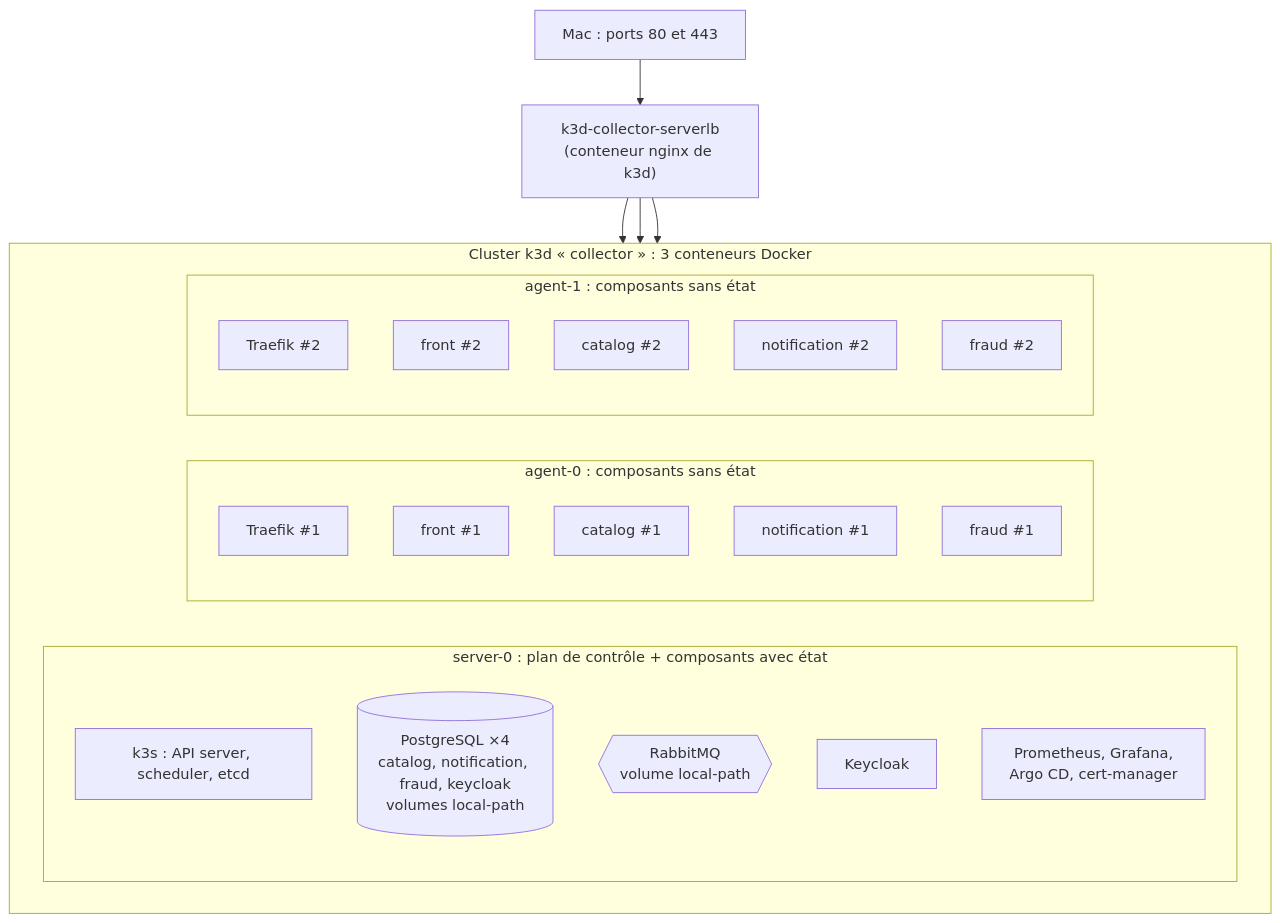
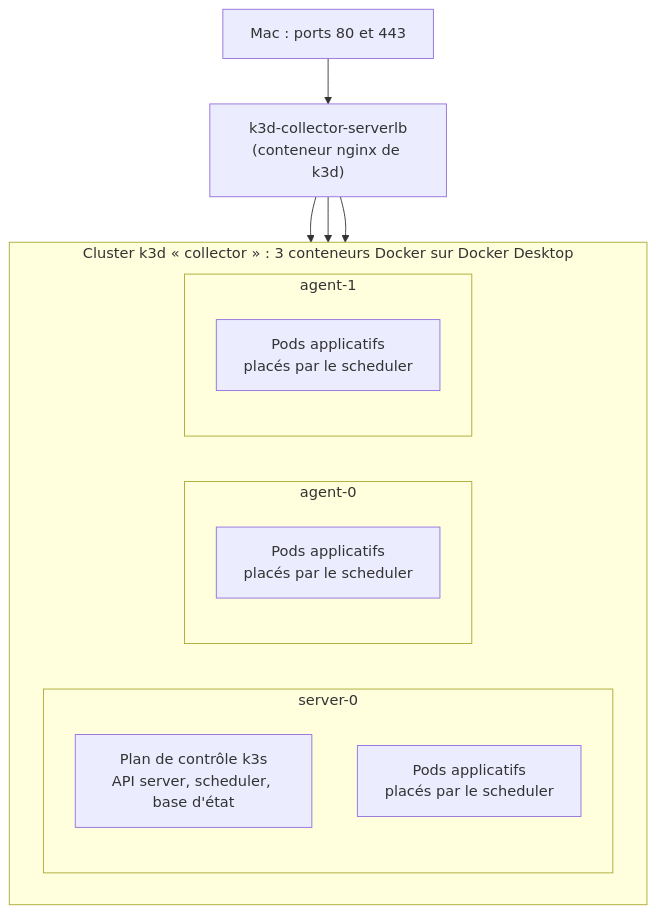
The second of 4 diagrams in docs/02-architecture/architecture-poc.md (Luucaaas/collector-poc), drawn with Mermaid before and after one commit. The commit also changed other lines of this file and 36 other files, not shown here.

````diff
--- a/docs/02-architecture/architecture-poc.md
+++ b/docs/02-architecture/architecture-poc.md
@@ -101,37 +85,23 @@
 ```mermaid
 flowchart TB
     %% id: placement-noeuds
     MAC["Mac : ports 80 et 443"] --> LB["k3d-collector-serverlb<br/>(conteneur nginx de k3d)"]
 
-    subgraph K3D["Cluster k3d « collector » : 3 conteneurs Docker"]
+    subgraph K3D["Cluster k3d « collector » : 3 conteneurs Docker sur Docker Desktop"]
         direction LR
-        subgraph S0["server-0 : plan de contrôle + composants avec état"]
-            direction TB
-            CP["k3s : API server, scheduler, etcd"]
-            PG[("PostgreSQL ×4<br/>catalog, notification, fraud, keycloak<br/>volumes local-path")]
-            RMQ{{"RabbitMQ<br/>volume local-path"}}
-            KCS["Keycloak"]
-            OPS["Prometheus, Grafana,<br/>Argo CD, cert-manager"]
+        subgraph S0["server-0"]
+            CP["Plan de contrôle k3s<br/>API server, scheduler, base d'état"]
+            W0["Pods applicatifs<br/>placés par le scheduler"]
         end
-        subgraph A0["agent-0 : composants sans état"]
-            direction TB
-            T0["Traefik #1"]
-            F0["front #1"]
-            C0["catalog #1"]
-            N0["notification #1"]
-            R0["fraud #1"]
+        subgraph A0["agent-0"]
+            W1["Pods applicatifs<br/>placés par le scheduler"]
         end
-        subgraph A1["agent-1 : composants sans état"]
-            direction TB
-            T1["Traefik #2"]
-            F1["front #2"]
-            C1["catalog #2"]
-            N1["notification #2"]
-            R1["fraud #2"]
+        subgraph A1["agent-1"]
+            W2["Pods applicatifs<br/>placés par le scheduler"]
         end
     end
 
     LB --> S0
     LB --> A0
     LB --> A1
 ```
````
